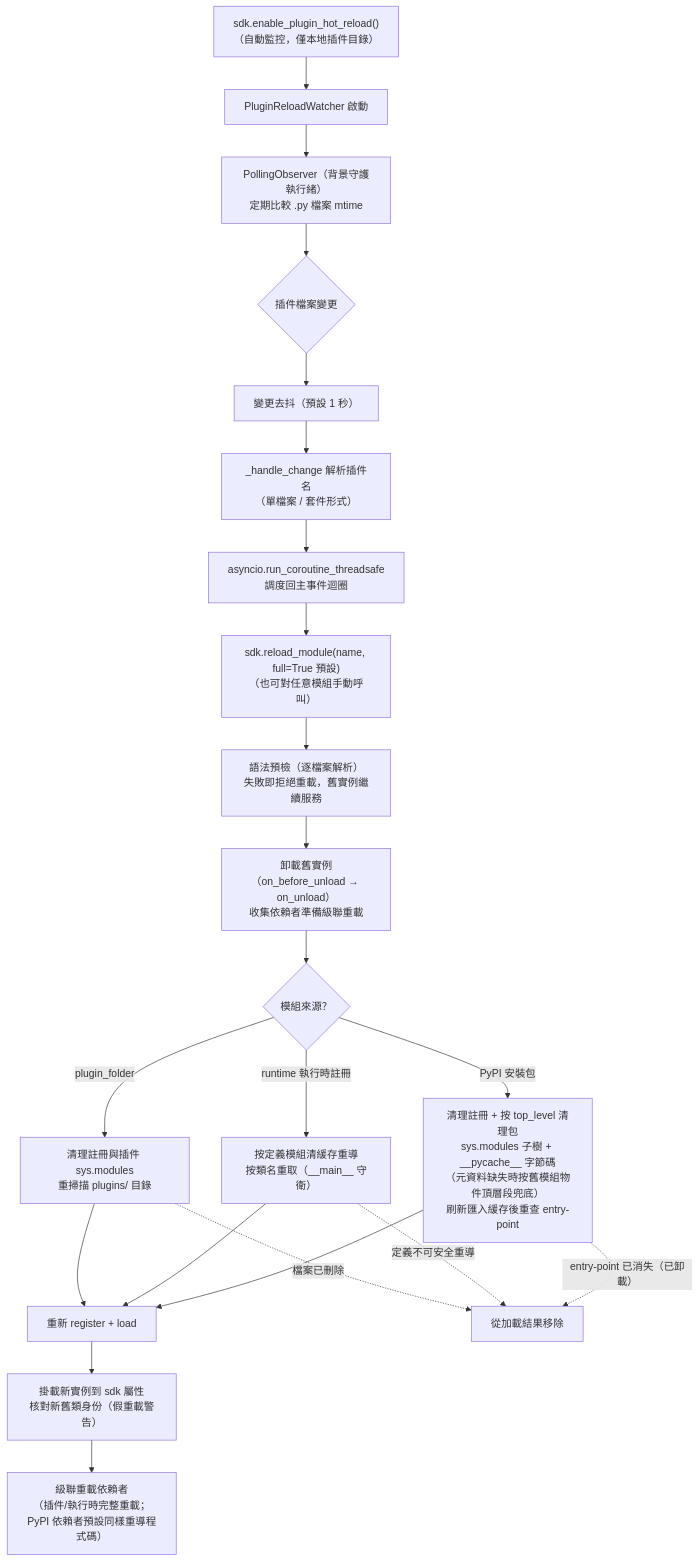
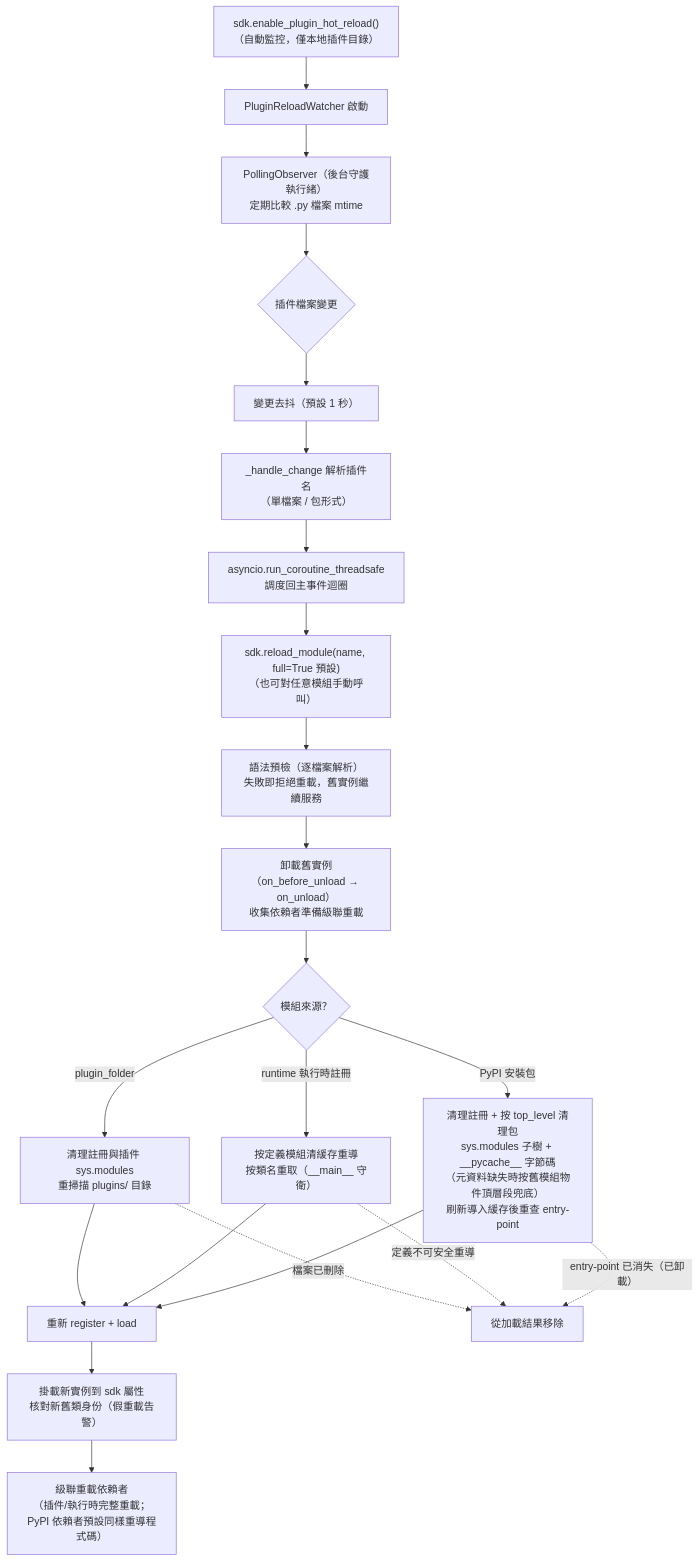
One commit to ErisPulse/ErisPulse changed the ninth of 10 diagrams in docs/zh-TW/architecture.md. Above: the diagram before and after it, drawn with Mermaid. The commit also changed other lines of this file and 828 other files, not shown here.

````diff
--- a/docs/zh-TW/architecture.md
+++ b/docs/zh-TW/architecture.md
@@ -283,24 +286,24 @@
 ```mermaid
 flowchart TD
     A["sdk.enable_plugin_hot_reload()<br/>（自動監控，僅本地插件目錄）"] --> B["PluginReloadWatcher 啟動"]
-    B --> C["PollingObserver（背景守護執行緒）<br/>定期比較 .py 檔案 mtime"]
+    B --> C["PollingObserver（後台守護執行緒）<br/>定期比較 .py 檔案 mtime"]
     C --> D{"插件檔案變更"}
     D --> E["變更去抖（預設 1 秒）"]
-    E --> F["_handle_change 解析插件名<br/>（單檔案 / 套件形式）"]
+    E --> F["_handle_change 解析插件名<br/>（單檔案 / 包形式）"]
     F --> G["asyncio.run_coroutine_threadsafe<br/>調度回主事件迴圈"]
     G --> H["sdk.reload_module(name, full=True 預設)<br/>（也可對任意模組手動呼叫）"]
     H --> I["語法預檢（逐檔案解析）<br/>失敗即拒絕重載，舊實例繼續服務"]
     I --> J["卸載舊實例（on_before_unload → on_unload）<br/>收集依賴者準備級聯重載"]
     J --> K{"模組來源？"}
     K -->|"plugin_folder"| L["清理註冊與插件 sys.modules<br/>重掃描 plugins/ 目錄"]
     K -->|"runtime 執行時註冊"| M["按定義模組清緩存重導<br/>按類名重取（__main__ 守衛）"]
-    K -->|"PyPI 安裝包"| N["清理註冊 + 按 top_level 清理包<br/>sys.modules 子樹 + __pycache__ 字節碼<br/>（元資料缺失時按舊模組物件頂層段兜底）<br/>刷新匯入緩存後重查 entry-point"]
+    K -->|"PyPI 安裝包"| N["清理註冊 + 按 top_level 清理包<br/>sys.modules 子樹 + __pycache__ 字節碼<br/>（元資料缺失時按舊模組物件頂層段兜底）<br/>刷新導入緩存後重查 entry-point"]
     L --> O["重新 register + load"]
     M --> O
     N --> O
-    O --> P["掛載新實例到 sdk 屬性<br/>核對新舊類身份（假重載警告）"]
+    O --> P["掛載新實例到 sdk 屬性<br/>核對新舊類身份（假重載告警）"]
     P --> Q["級聯重載依賴者<br/>（插件/執行時完整重載；<br/>PyPI 依賴者預設同樣重導程式碼）"]
     L -.->|"檔案已刪除"| R["從加載結果移除"]
     M -.->|"定義不可安全重導"| R
     N -.->|"entry-point 已消失（已卸載）"| R
 ```
````
